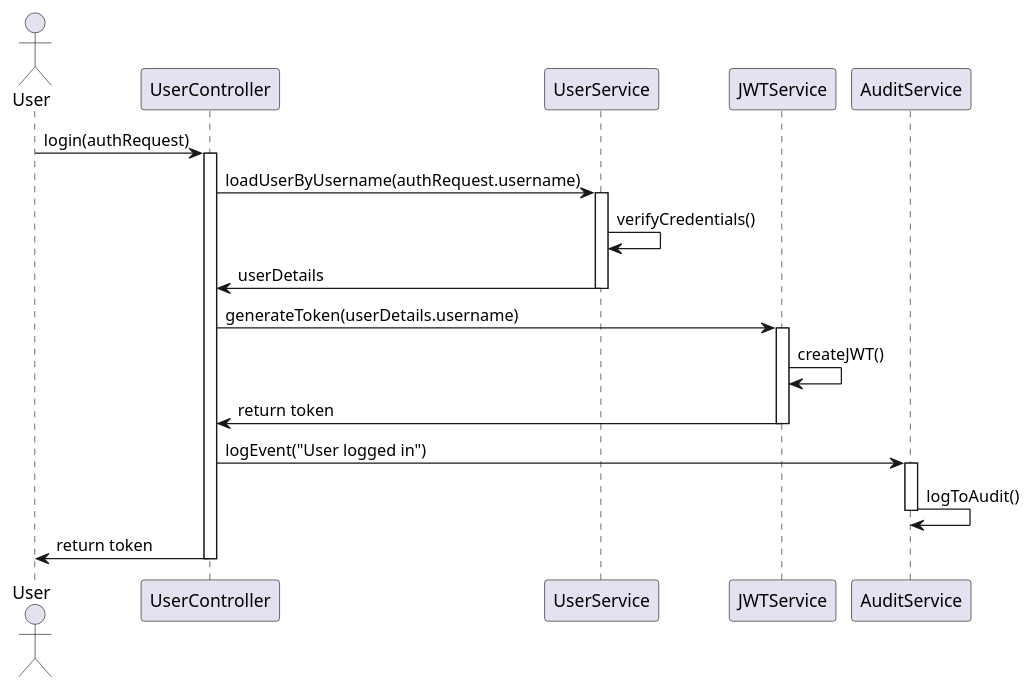
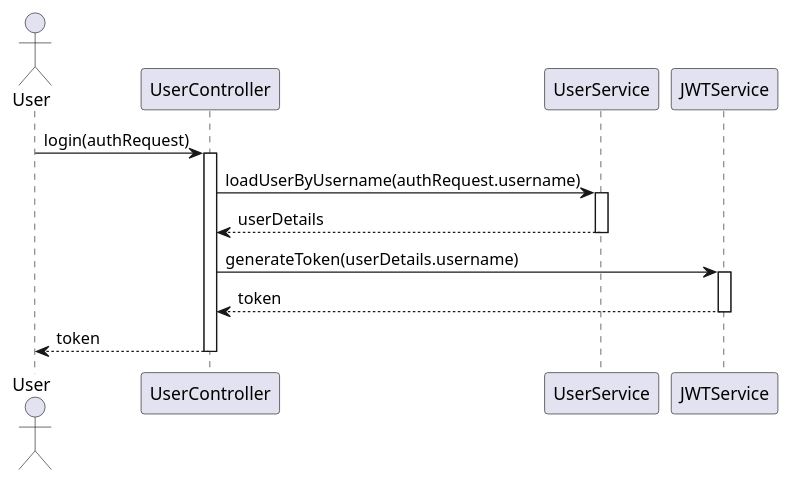
One commit to Dinesh-s95/AutoDoc.ai changed the second of 6 diagrams in identityprovider/documentation/detaileddesign.adoc. Above: the diagram before and after it, drawn with PlantUML. The commit also changed other lines of this file and 4 other files, not shown here.

```diff
--- a/identityprovider/documentation/detaileddesign.adoc
+++ b/identityprovider/documentation/detaileddesign.adoc
@@ -341,33 +329,25 @@
-[plantuml, authentication-sequence, png]
+[plantuml, authentication-login-flow, png]
 ----
 @startuml
 actor User
 participant UserController
 participant UserService
 participant JWTService
-participant AuditService
 
 User -> UserController : login(authRequest)
 activate UserController
 
 UserController -> UserService : loadUserByUsername(authRequest.username)
 activate UserService
-UserService -> UserService : verifyCredentials()
-UserService -> UserController : userDetails
+UserService --> UserController : userDetails
 deactivate UserService
 
 UserController -> JWTService : generateToken(userDetails.username)
 activate JWTService
-JWTService -> JWTService : createJWT()
-JWTService -> UserController : return token
+JWTService --> UserController : token
 deactivate JWTService
 
-UserController -> AuditService : logEvent("User logged in")
-activate AuditService
-AuditService -> AuditService : logToAudit()
-deactivate AuditService
-
-UserController -> User : return token
+UserController --> User : token
 deactivate UserController
 @enduml
 ----
```
